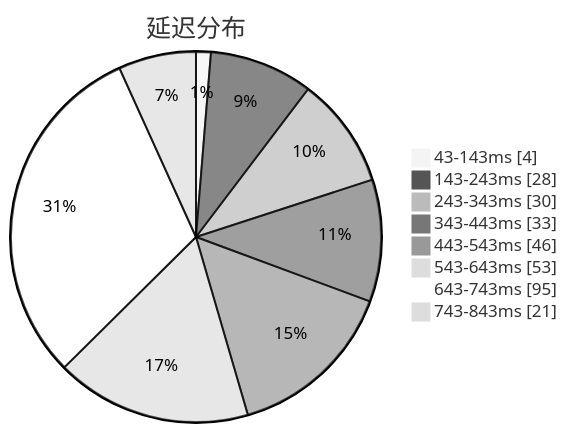
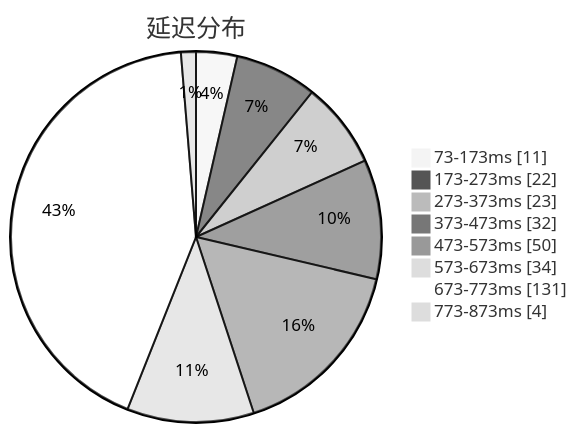
Before and after one commit to sinspired/airport: the first of 3 diagrams in subs/statistics/tested_within.md, drawn with Mermaid (neutral theme). The commit also changed other lines of this file and 2 other files, not shown here.

````diff
--- a/subs/statistics/tested_within.md
+++ b/subs/statistics/tested_within.md
@@ -2,12 +2,12 @@
 ```mermaid
 pie showData
 title 延迟分布
-"43-143ms" : 4
-"143-243ms" : 28
-"243-343ms" : 30
-"343-443ms" : 33
-"443-543ms" : 46
-"543-643ms" : 53
-"643-743ms" : 95
-"743-843ms" : 21
+"73-173ms" : 11
+"173-273ms" : 22
+"273-373ms" : 23
+"373-473ms" : 32
+"473-573ms" : 50
+"573-673ms" : 34
+"673-773ms" : 131
+"773-873ms" : 4
 ```
````
